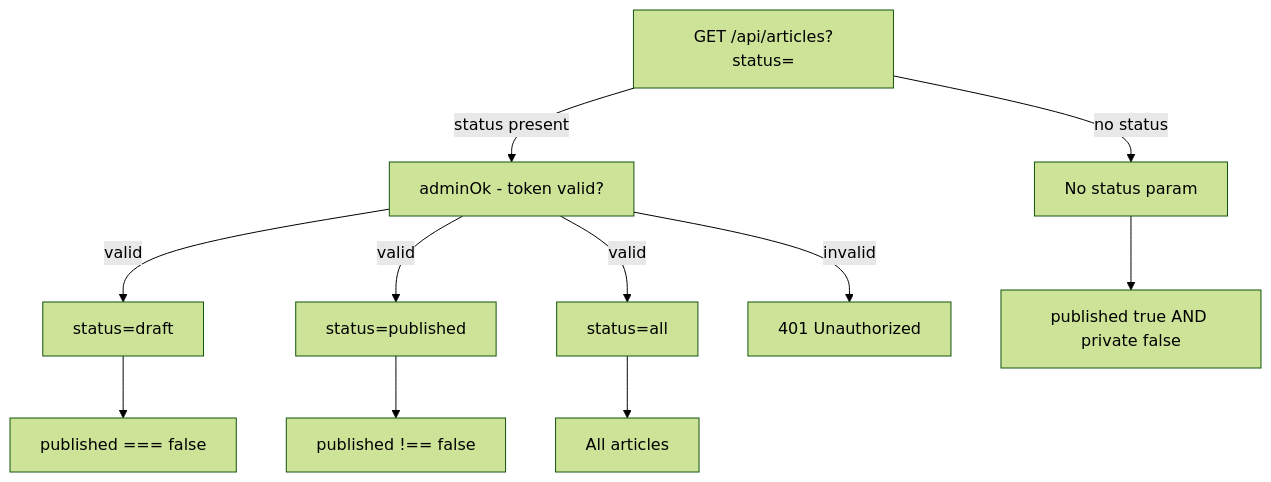
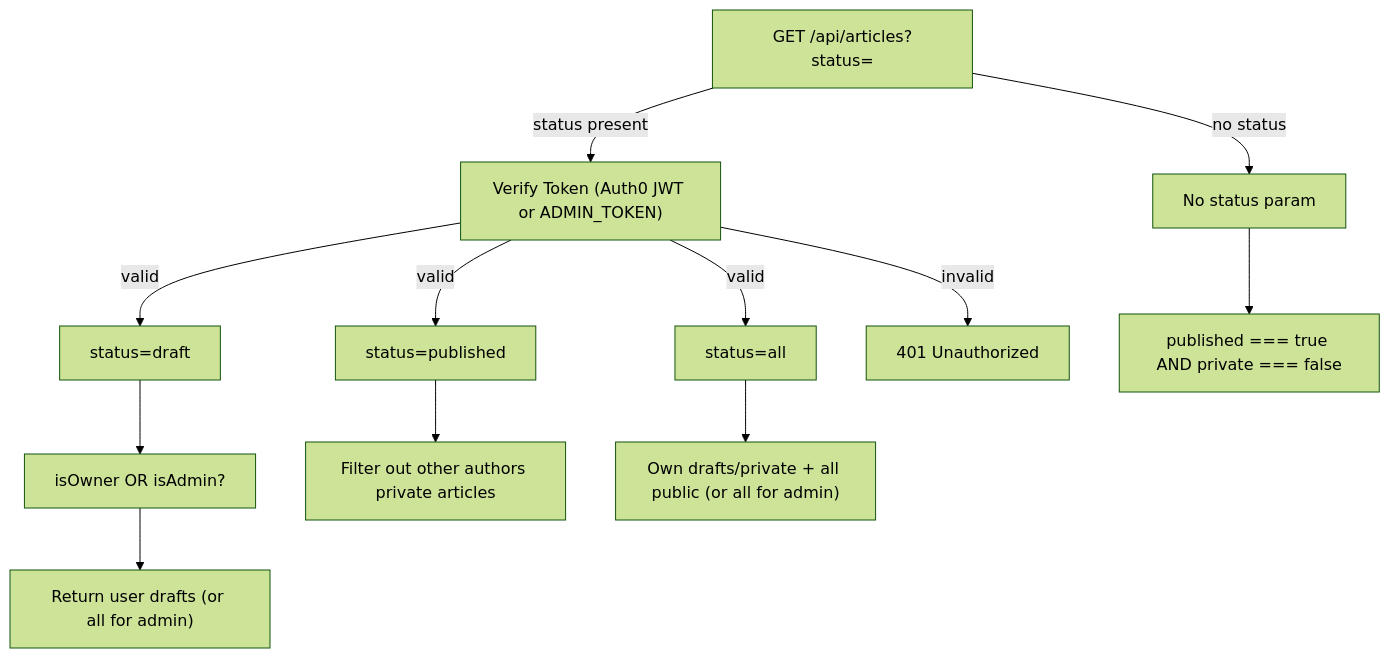
Before and after one commit to AmritSDutta/kalidass: the diagram in docs/worker/routing.mdx, drawn with Mermaid (forest theme). The commit also changed other lines of this file and 22 other files, not shown here.

````diff
--- a/docs/worker/routing.mdx
+++ b/docs/worker/routing.mdx
@@ -47,24 +48,26 @@
 ```mermaid
 flowchart TD
   Query["GET /api/articles?status="]
-  AuthCheck["adminOk - token valid?"]
+  AuthCheck["Verify Token (Auth0 JWT or ADMIN_TOKEN)"]
   NoStatus["No status param"]
   StatusDraft["status=draft"]
   StatusPublished["status=published"]
   StatusAll["status=all"]
-  PublicFeed["published true AND private false"]
-  DraftOnly["published === false"]
-  AllPublished["published !== false"]
-  AllItems["All articles"]
+  PublicFeed["published === true AND private === false"]
+  DraftFilter["isOwner OR isAdmin?"]
+  DraftOnly["Return user drafts (or all for admin)"]
+  PublishedFilter["Filter out other authors private articles"]
+  AllFilter["Own drafts/private + all public (or all for admin)"]
   Unauthorized["401 Unauthorized"]
   Query -->|"status present"| AuthCheck
   Query -->|"no status"| NoStatus
   NoStatus --> PublicFeed
   AuthCheck -->|"valid"| StatusDraft
   AuthCheck -->|"valid"| StatusPublished
   AuthCheck -->|"valid"| StatusAll
   AuthCheck -->|"invalid"| Unauthorized
-  StatusDraft --> DraftOnly
-  StatusPublished --> AllPublished
-  StatusAll --> AllItems
+  StatusDraft --> DraftFilter
+  DraftFilter --> DraftOnly
+  StatusPublished --> PublishedFilter
+  StatusAll --> AllFilter
 ```
````
